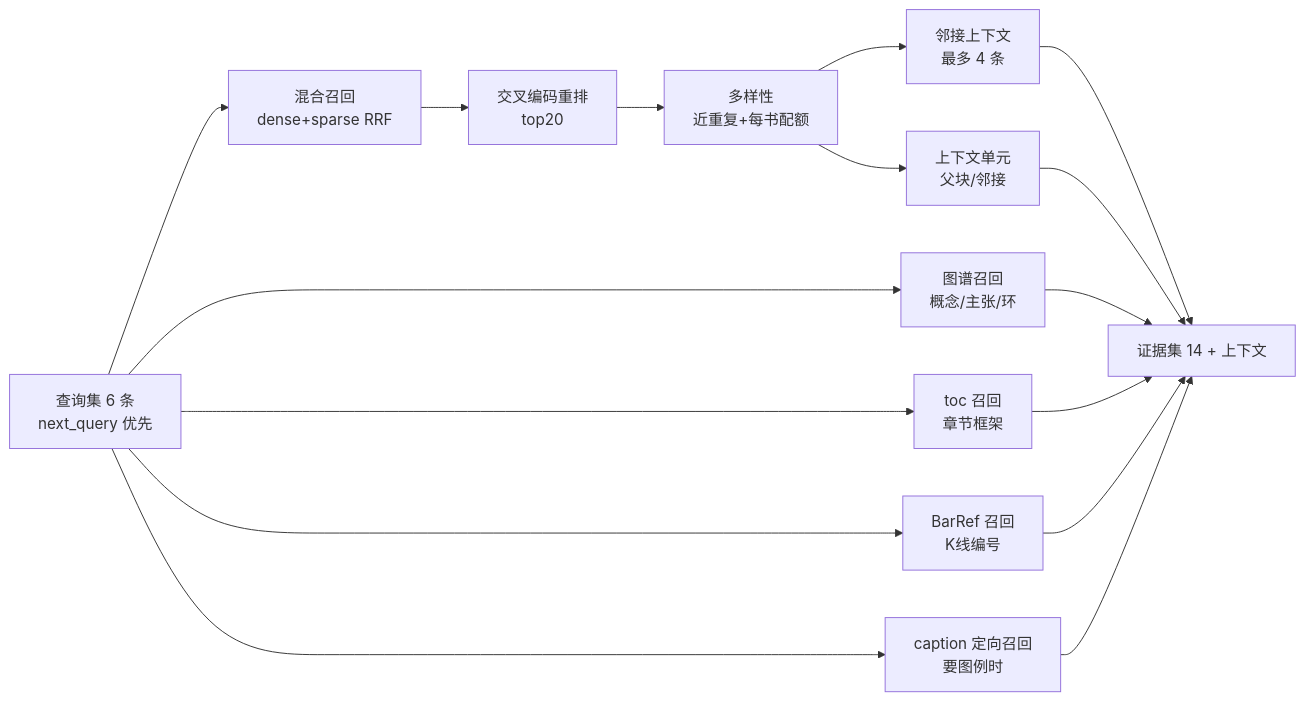
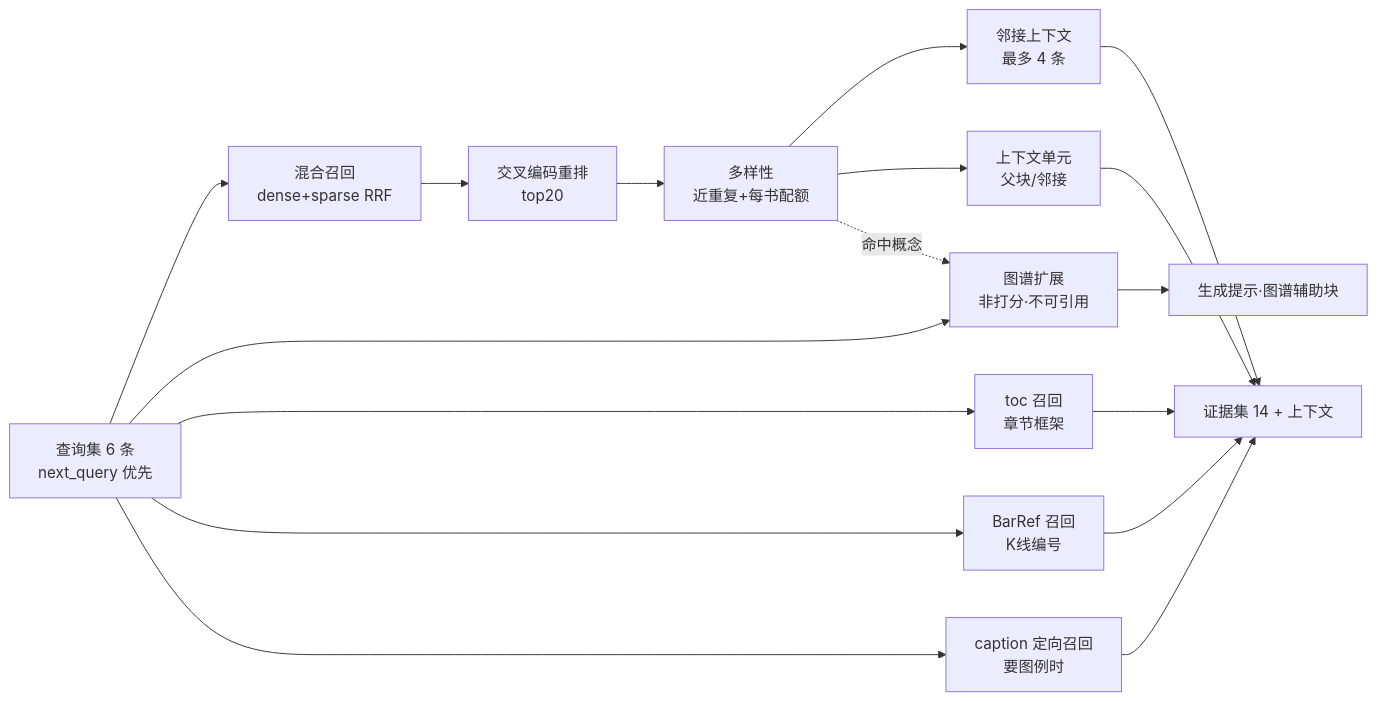
Before and after one commit to TbK0ng/paknow: the diagram in book/chapter4-retrieval.md, drawn with Mermaid. The commit also changed other lines of this file and 3 other files, not shown here.

First line of the commit message:
docs(book): align graph docs with shipped expansion layer

````diff
--- a/book/chapter4-retrieval.md
+++ b/book/chapter4-retrieval.md
@@ -7,18 +7,19 @@
 ```mermaid
 flowchart LR
     Q[查询集 6 条<br/>next_query 优先] --> H[混合召回<br/>dense+sparse RRF]
     H --> R[交叉编码重排<br/>top20]
     R --> D[多样性<br/>近重复+每书配额]
     D --> A[邻接上下文<br/>最多 4 条]
     D --> C[上下文单元<br/>父块/邻接]
-    Q --> G[图谱召回<br/>概念/主张/环]
+    Q --> G[图谱扩展<br/>非打分·不可引用]
+    D -.命中概念.-> G
     Q --> T[toc 召回<br/>章节框架]
     Q --> B[BarRef 召回<br/>K线编号]
     Q --> K[caption 定向召回<br/>要图例时]
     A --> S[证据集 14 + 上下文]
     C --> S
-    G --> S
+    G --> P[生成提示·图谱辅助块]
     T --> S
     B --> S
     K --> S
 ```
````
